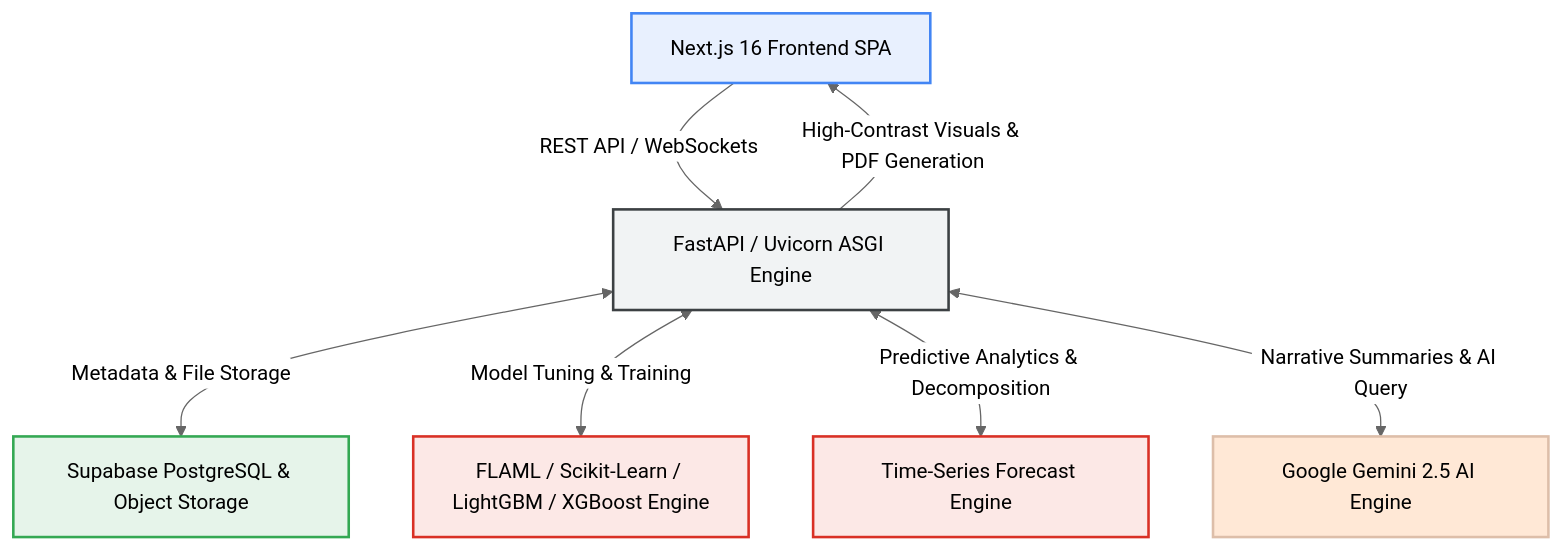
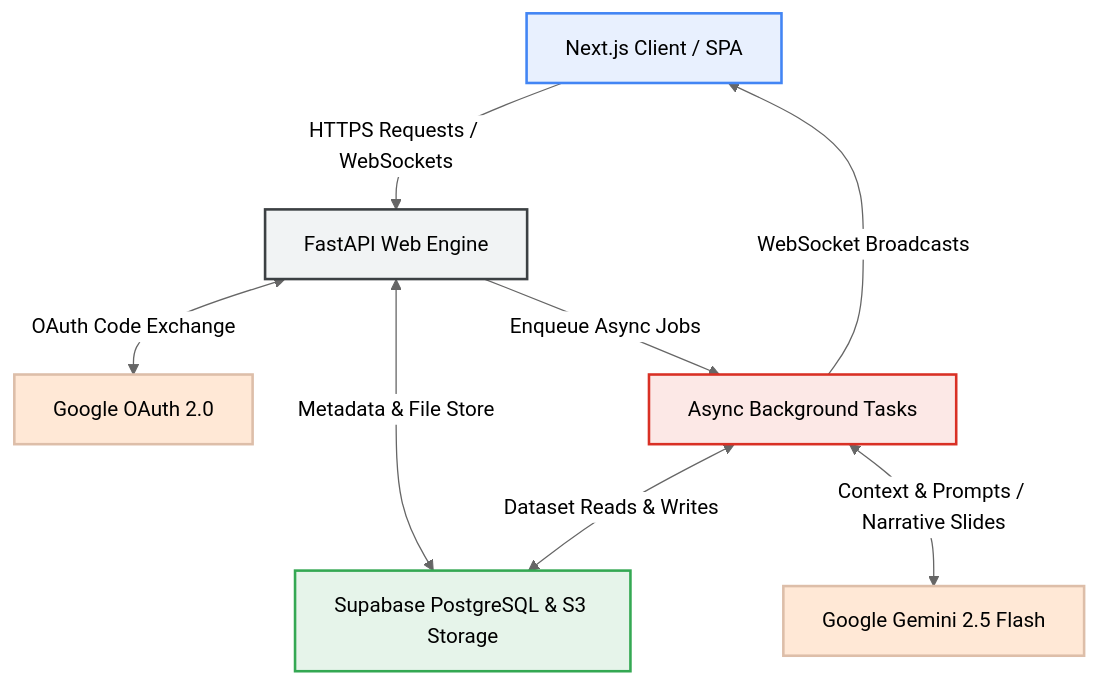
One commit to Numan-10/DataForge changed the first of 8 diagrams in README.md. Above: the diagram before and after it, drawn with Mermaid (neutral theme). The commit also changed other lines of this file and 18 other files, not shown here.

````diff
--- a/README.md
+++ b/README.md
@@ -9,22 +11,26 @@
 ```mermaid
 graph TD
+    %% Styling
     classDef client fill:#E8F0FE,stroke:#4285F4,stroke-width:2px;
     classDef api fill:#F1F3F4,stroke:#3C4043,stroke-width:2px;
     classDef worker fill:#FCE8E6,stroke:#D93025,stroke-width:2px;
     classDef external fill:#FFE8D6,stroke:#DDBEA9,stroke-width:2px;
     classDef storage fill:#E6F4EA,stroke:#34A853,stroke-width:2px;
 
-    User[Next.js 16 Frontend SPA]:::client
-    FastAPI[FastAPI / Uvicorn ASGI Engine]:::api
-    Gemini[Google Gemini 2.5 AI Engine]:::external
-    Forecast[Time-Series Forecast Engine]:::worker
-    Supa[Supabase PostgreSQL & Object Storage]:::storage
-    AutoML[FLAML / Scikit-Learn / LightGBM / XGBoost Engine]:::worker
+    %% Nodes
+    User[Next.js Client / SPA]:::client
+    GAuth[Google OAuth 2.0]:::external
+    Gemini[Google Gemini 2.5 Flash]:::external
+    FastAPI[FastAPI Web Engine]:::api
+    Worker[Async Background Tasks]:::worker
+    Supa[Supabase PostgreSQL & S3 Storage]:::storage
 
-    User -->|REST API / WebSockets| FastAPI
-    FastAPI <-->|Metadata & File Storage| Supa
-    FastAPI <-->|Model Tuning & Training| AutoML
-    FastAPI <-->|Predictive Analytics & Decomposition| Forecast
-    FastAPI <-->|Narrative Summaries & AI Query| Gemini
-    FastAPI -->|High-Contrast Visuals & PDF Generation| User
+    %% Flows
+    User -->|HTTPS Requests / WebSockets| FastAPI
+    FastAPI <-->|OAuth Code Exchange| GAuth
+    FastAPI <-->|Metadata & File Store| Supa
+    FastAPI -->|Enqueue Async Jobs| Worker
+    Worker <-->|Dataset Reads & Writes| Supa
+    Worker <-->|Context & Prompts / Narrative Slides| Gemini
+    Worker -->|WebSocket Broadcasts| User
 ```
````
